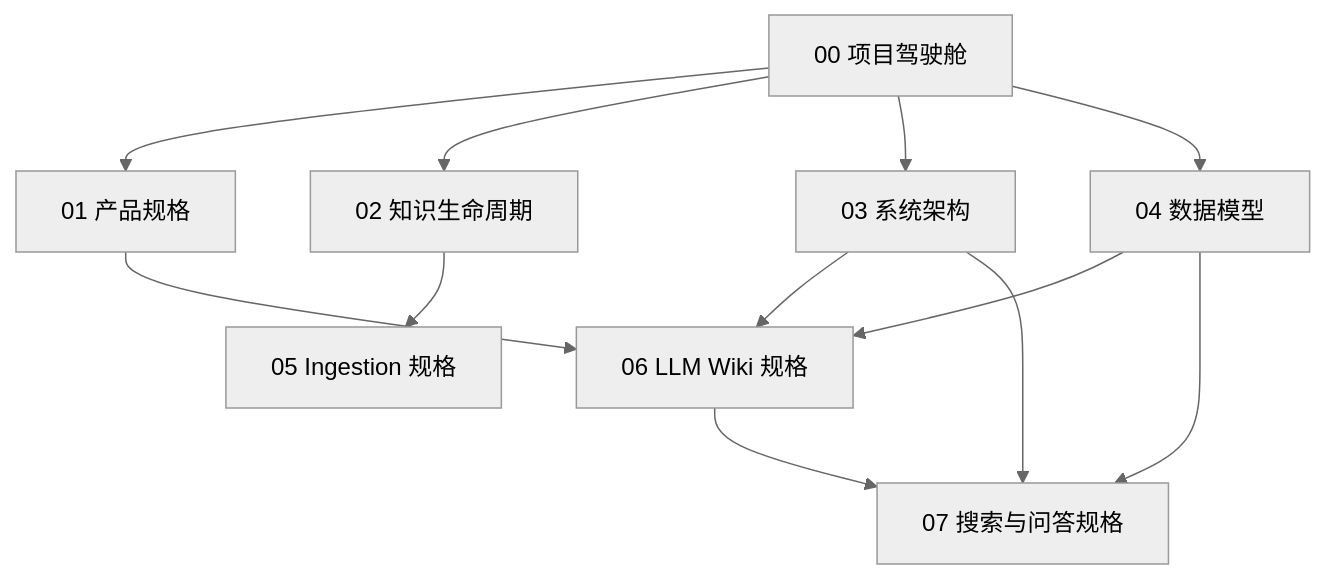
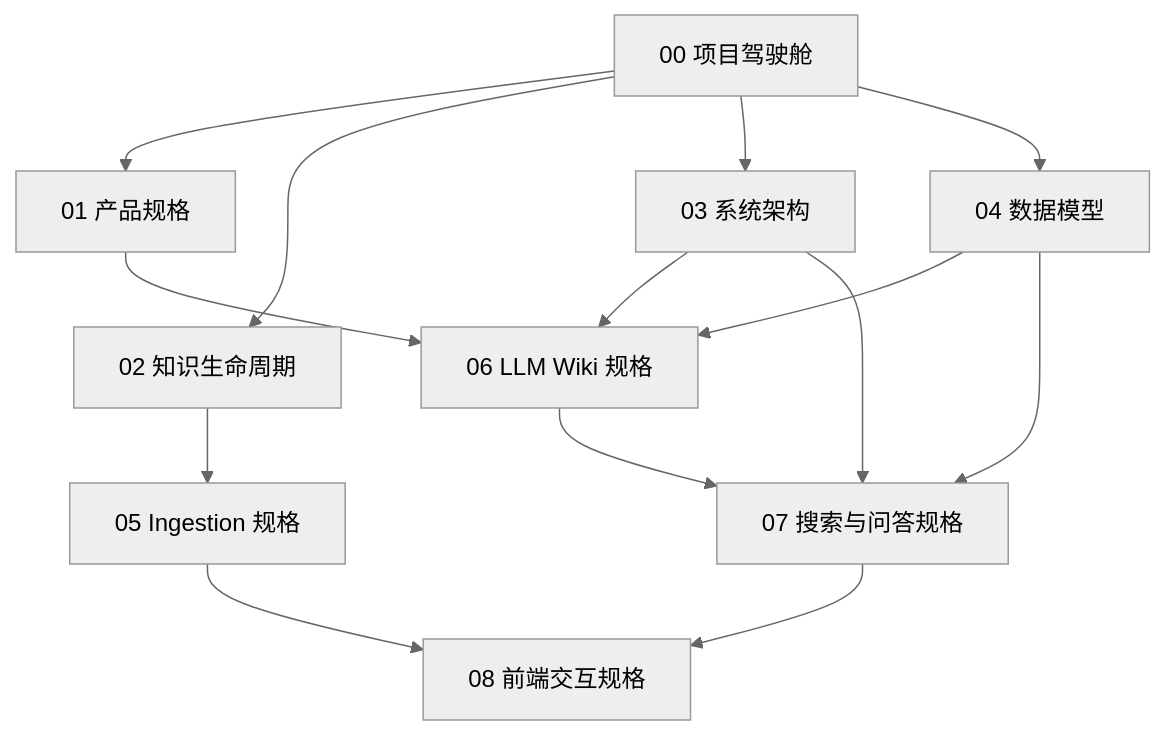
Before and after one commit to LittleBlacky/KnowWeave: the seventh of 7 diagrams in docs/00-project-dashboard.md, drawn with Mermaid (neutral theme). The commit also changed other lines of this file and 3 other files, not shown here.

````diff
--- a/docs/00-project-dashboard.md
+++ b/docs/00-project-dashboard.md
@@ -245,14 +245,16 @@
 ```mermaid
 flowchart TD
   D0["00 项目驾驶舱"] --> D1["01 产品规格"]
   D0 --> D2["02 知识生命周期"]
   D0 --> D3["03 系统架构"]
   D0 --> D4["04 数据模型"]
   D2 --> D5["05 Ingestion 规格"]
   D1 --> D6["06 LLM Wiki 规格"]
   D3 --> D6
   D4 --> D6
   D3 --> D7["07 搜索与问答规格"]
   D4 --> D7
   D6 --> D7
+  D7 --> D8["08 前端交互规格"]
+  D5 --> D8
 ```
````
